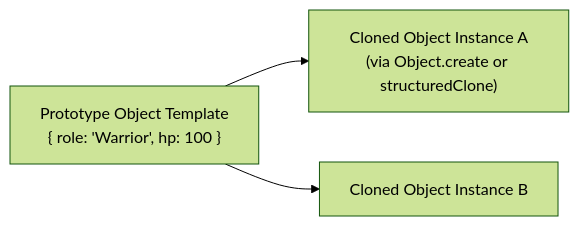
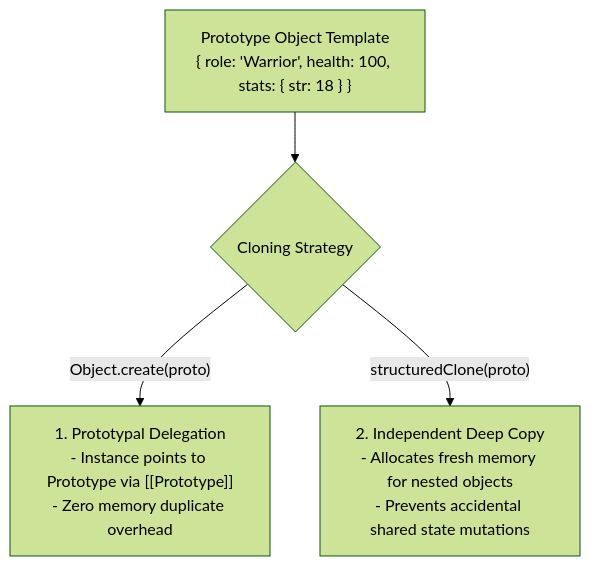
One commit to Amie-dev/engineering-playbook changed the first of 2 diagrams in js-patterns/06-prototype.md. Above: the diagram before and after it, drawn with Mermaid (forest theme). The commit also changed other lines of this file and 39 other files, not shown here.

````diff
--- a/js-patterns/06-prototype.md
+++ b/js-patterns/06-prototype.md
@@ -10,5 +17,8 @@
 ```mermaid
-graph LR
-    PrototypeObj["Prototype Object Template<br/>{ role: 'Warrior', hp: 100 }"] --> Clone1["Cloned Object Instance A<br/>(via Object.create or structuredClone)"]
-    PrototypeObj --> Clone2["Cloned Object Instance B"]
+flowchart TD
+    PrototypeTemplate["Prototype Object Template<br/>{ role: 'Warrior', health: 100, stats: { str: 18 } }"] --> StrategyChoice{Cloning Strategy}
+
+    StrategyChoice -- "Object.create(proto)" --> Delegation["1. Prototypal Delegation<br/>- Instance points to Prototype via [[Prototype]]<br/>- Zero memory duplicate overhead"]
+    
+    StrategyChoice -- "structuredClone(proto)" --> DeepCopy["2. Independent Deep Copy<br/>- Allocates fresh memory for nested objects<br/>- Prevents accidental shared state mutations"]
 ```
````
